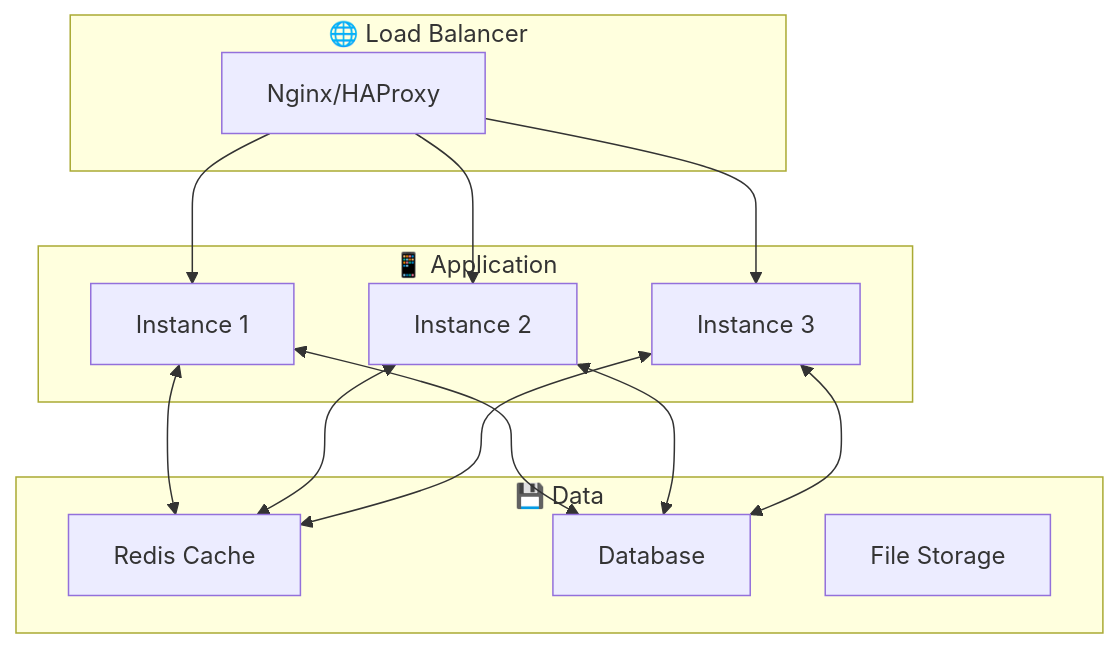
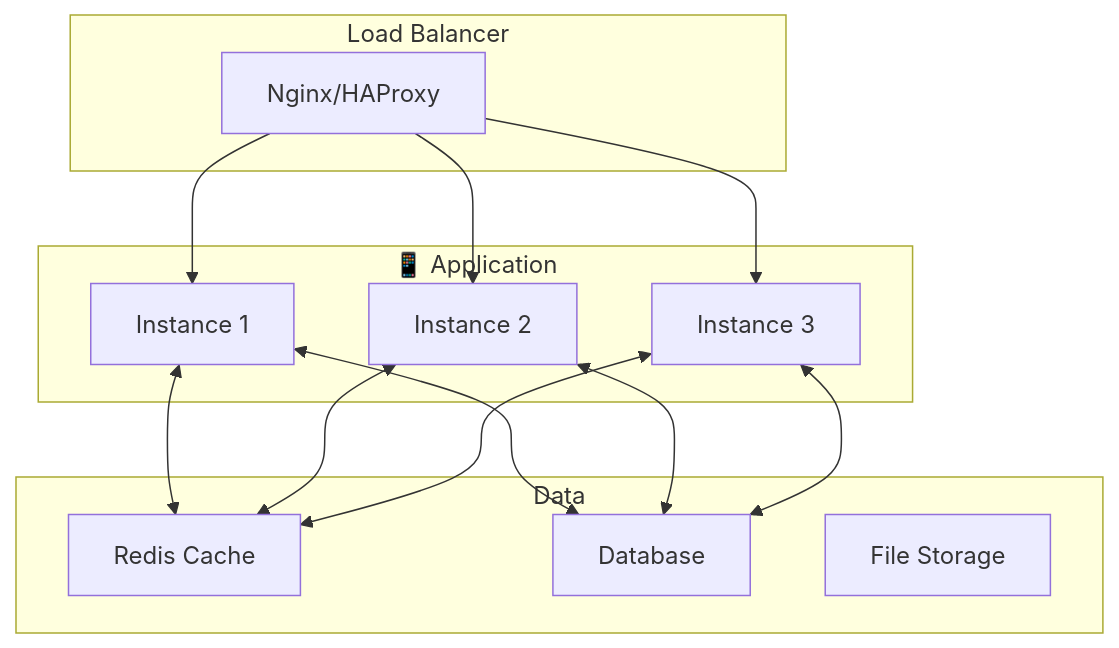
One commit to Abdelilah04116/AutoResearchFlow changed the sixth of 6 diagrams in README.md. Above: the diagram before and after it, drawn with Mermaid. The commit also changed other lines of this file, not shown here.

````diff
--- a/README.md
+++ b/README.md
@@ -455,30 +455,30 @@
 ```mermaid
 graph TB
-    subgraph "🌐 Load Balancer"
+    subgraph " Load Balancer"
         LB[Nginx/HAProxy]
     end
     
     subgraph "📱 Application"
         APP1[Instance 1]
         APP2[Instance 2]
         APP3[Instance 3]
     end
     
-    subgraph "💾 Data"
+    subgraph " Data"
         CACHE[Redis Cache]
         DB[Database]
         STORAGE[File Storage]
     end
     
     LB --> APP1
     LB --> APP2
     LB --> APP3
     
     APP1 <--> CACHE
     APP2 <--> CACHE
     APP3 <--> CACHE
     
     APP1 <--> DB
     APP2 <--> DB
     APP3 <--> DB
 ```
````
